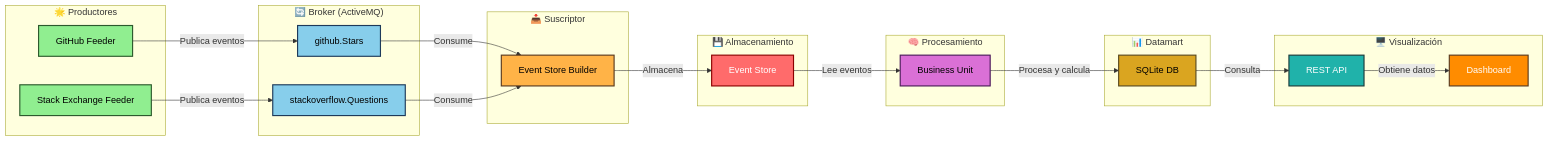
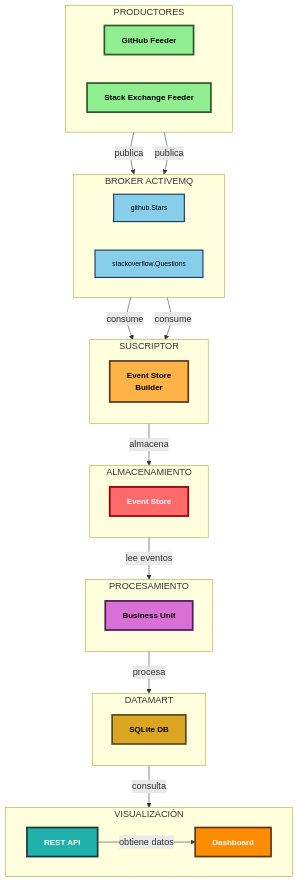
One commit to TechnoRadar/techno-radar changed the first of 5 diagrams in README.md. Above: the diagram before and after it, drawn with Mermaid. The commit also changed other lines of this file, not shown here.

Commit message:
Refactor README.md for improved clarity and structure
Updated README.md to enhance formatting and clarify sections.

````diff
--- a/README.md
+++ b/README.md
@@ -76,52 +73,59 @@
 ```mermaid
-graph LR
-    subgraph Producers["🌟 Productores"]
-        A1["GitHub Feeder"]:::producer
-        A2["Stack Exchange Feeder"]:::producer
+graph TB
+    subgraph Prod[" PRODUCTORES"]
+        direction LR
+        GH["GitHub Feeder"]:::feeder
+        SE["Stack Exchange Feeder"]:::feeder
     end
     
-    subgraph Broker["🔄 Broker (ActiveMQ)"]
-        B1["github.Stars"]:::topic
-        B2["stackoverflow.Questions"]:::topic
+    subgraph Broker[" BROKER ACTIVEMQ"]
+        direction LR
+        T1["github.Stars"]:::topic
+        T2["stackoverflow.Questions"]:::topic
     end
     
-    subgraph Subscriber["📥 Suscriptor"]
-        C1["Event Store Builder"]:::subscriber
+    subgraph Sub[" SUSCRIPTOR"]
+        direction TB
+        ESB["Event Store<br/>Builder"]:::subscriber
     end
     
-    subgraph Storage["💾 Almacenamiento"]
-        D1["Event Store"]:::storage
+    subgraph Store[" ALMACENAMIENTO"]
+        direction TB
+        ES["Event Store"]:::storage
     end
     
-    subgraph Processing["🧠 Procesamiento"]
-        E1["Business Unit"]:::processor
+    subgraph Proc[" PROCESAMIENTO"]
+        direction TB
+        BU["Business Unit"]:::processor
     end
     
-    subgraph DataStorage["📊 Datamart"]
-        F1["SQLite DB"]:::datamart
+    subgraph DM[" DATAMART"]
+        direction TB
+        DB["SQLite DB"]:::datamart
     end
     
-    subgraph Visualization["🖥️ Visualización"]
-        G1["REST API"]:::api
-        G2["Dashboard"]:::dashboard
+    subgraph Viz[" VISUALIZACIÓN"]
+        direction LR
+        API["REST API"]:::api
+        DASH["Dashboard"]:::dashboard
     end
     
-    A1 -->|Publica eventos| B1
-    A2 -->|Publica eventos| B2
-    B1 -->|Consume| C1
-    B2 -->|Consume| C1
-    C1 -->|Almacena| D1
-    D1 -->|Lee eventos| E1
-    E1 -->|Procesa y calcula| F1
-    F1 -->|Consulta| G1
-    G1 -->|Obtiene datos| G2
+    GH -->|publica| T1
+    SE -->|publica| T2
+    T1 -->|consume| ESB
+    T2 -->|consume| ESB
+    ESB -->|almacena| ES
+    ES -->|lee eventos| BU
+    BU -->|procesa| DB
+    DB -->|consulta| API
+    API -->|obtiene datos| DASH
     
-    classDef producer fill:#90EE90,stroke:#2d5a2d,stroke-width:2px,color:#000
-    classDef topic fill:#87CEEB,stroke:#1e3a5a,stroke-width:2px,color:#000
-    classDef subscriber fill:#FFB347,stroke:#5a3a1e,stroke-width:2px,color:#000
-    classDef storage fill:#FF6B6B,stroke:#8b0000,stroke-width:2px,color:#fff
-    classDef processor fill:#DA70D6,stroke:#4a1a5a,stroke-width:2px,color:#000
-    classDef datamart fill:#DAA520,stroke:#5a4a1e,stroke-width:2px,color:#000
-    classDef api fill:#20B2AA,stroke:#1a3a3a,stroke-width:2px,color:#fff
-    classDef dashboard fill:#FF8C00,stroke:#5a3a1e,stroke-width:2px,color:#fff
+    classDef feeder fill:#90EE90,stroke:#2d5a2d,stroke-width:3px,color:#000,font-size:14px,font-weight:bold
+    classDef topic fill:#87CEEB,stroke:#1e3a5a,stroke-width:2px,color:#000,font-size:12px
+    classDef subscriber fill:#FFB347,stroke:#5a3a1e,stroke-width:3px,color:#000,font-size:14px,font-weight:bold
+    classDef storage fill:#FF6B6B,stroke:#8b0000,stroke-width:3px,color:#fff,font-size:14px,font-weight:bold
+    classDef processor fill:#DA70D6,stroke:#4a1a5a,stroke-width:3px,color:#000,font-size:14px,font-weight:bold
+    classDef datamart fill:#DAA520,stroke:#5a4a1e,stroke-width:3px,color:#000,font-size:14px,font-weight:bold
+    classDef api fill:#20B2AA,stroke:#1a3a3a,stroke-width:3px,color:#fff,font-size:14px,font-weight:bold
+    classDef dashboard fill:#FF8C00,stroke:#5a3a1e,stroke-width:3px,color:#fff,font-size:14px,font-weight:bold
 ```
````
